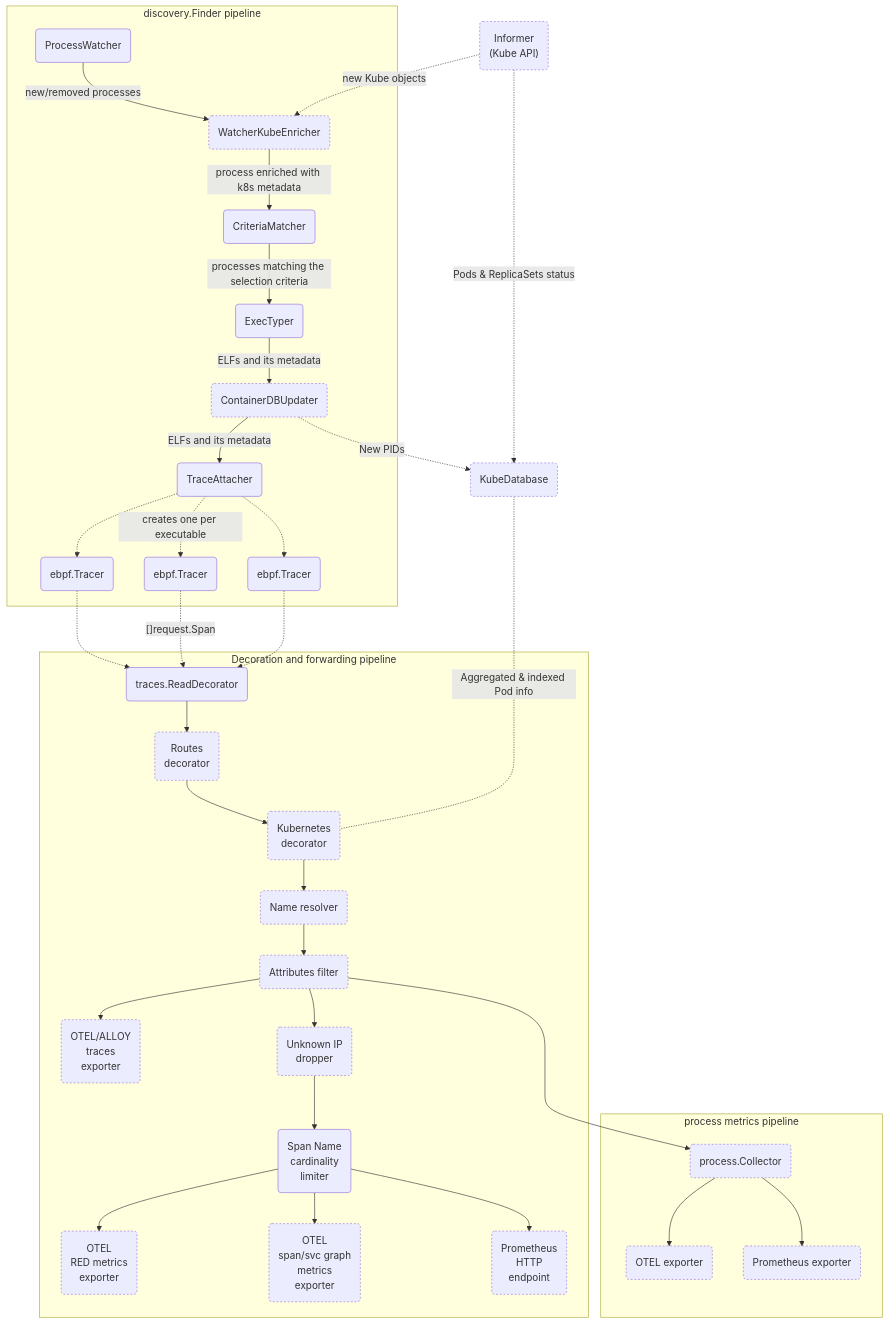
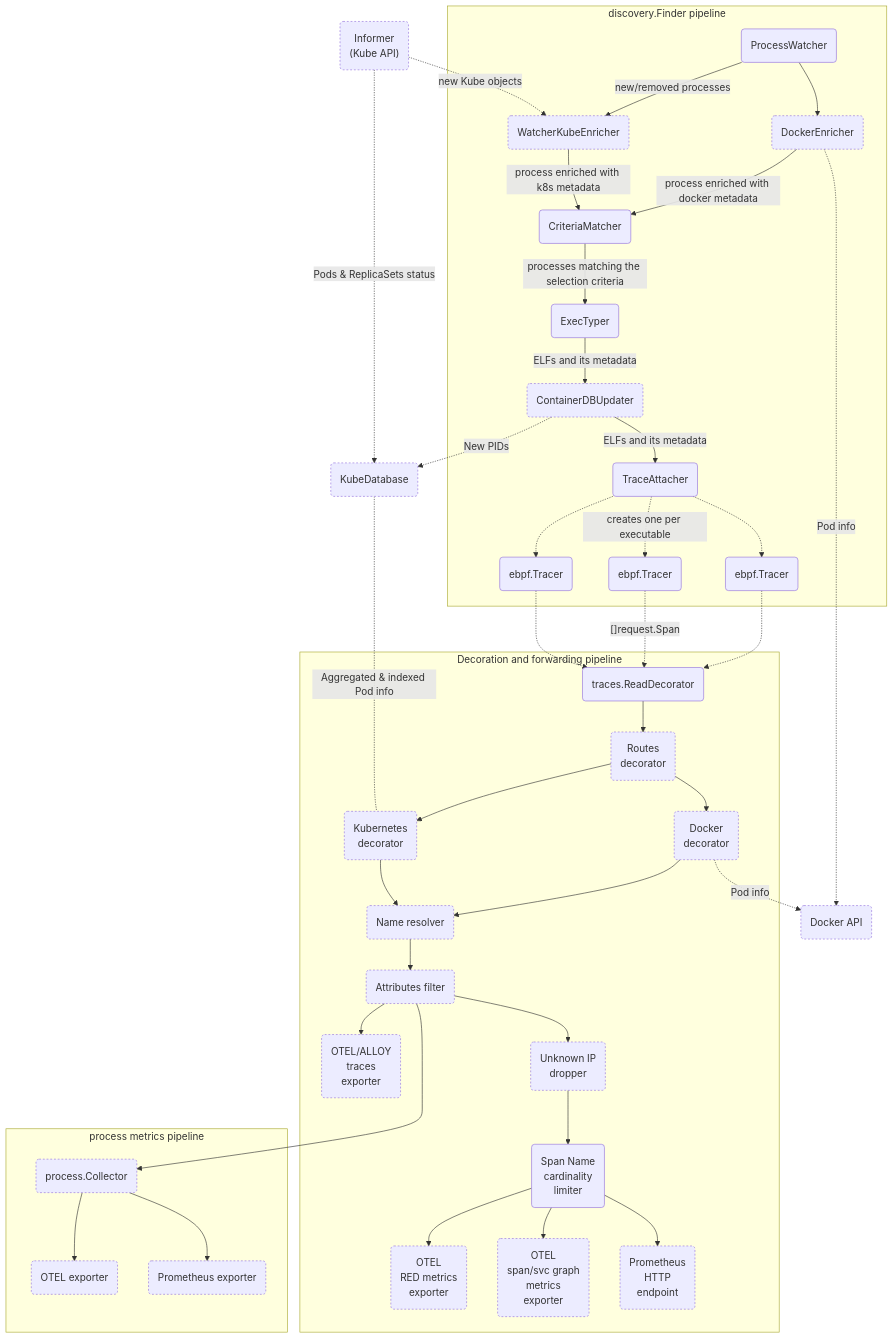
Before and after one commit to open-telemetry/opentelemetry-ebpf-instrumentation: the first of 2 diagrams in devdocs/pipeline-map.md, drawn with Mermaid. The commit also changed 10 other files, not shown here.

Commit message:
Docker metadata support

````diff
--- a/devdocs/pipeline-map.md
+++ b/devdocs/pipeline-map.md
@@ -18,43 +18,49 @@
 ```mermaid
 flowchart TD
     classDef optional stroke-dasharray: 3 3;
     subgraph discovery.Finder pipeline
         PW(ProcessWatcher) --> |new/removed processes| KWE
+        PW --> DE
+        DE(DockerEnricher):::optional --> |process enriched with docker metadata| CM
         KWE(WatcherKubeEnricher):::optional --> |process enriched with k8s metadata| CM
         CM(CriteriaMatcher) --> |processes matching the selection criteria| ET(ExecTyper)
         ET --> |ELFs and its metadata| CU
         CU(ContainerDBUpdater):::optional --> |ELFs and its metadata| TA
         TA(TraceAttacher) -.-> EBPF1(ebpf.Tracer)
         TA -.-> |creates one per executable| EBPF2(ebpf.Tracer)
         TA -.-> EBPF3(ebpf.Tracer)
     end
     subgraph Decoration and forwarding pipeline
         EBPF1 -.-> TR
         EBPF2 -.-> |"[]request.Span"| TR
         EBPF3 -.-> TR
         TR(traces.ReadDecorator) --> ROUT(Routes<br/>decorator)
+        ROUT:::optional --> DOCKDEC(Docker<br/>decorator)
         ROUT:::optional --> KD(Kubernetes<br/>decorator)
+        DOCKDEC:::optional --> NR
         KD:::optional --> NR
         NR(Name resolver):::optional --> AF
         
         AF(Attributes filter):::optional --> OTELT(OTEL/ALLOY<br/> traces<br/> exporter):::optional
 
         
         AF --> IPD(Unknown IP<br/>dropper):::optional
         IPD --> SNCL(Span Name<br/>cardinality<br/>limiter)
         SNCL --> OTELRM(OTEL<br/>RED metrics<br/> exporter):::optional
         SNCL --> OTELSM(OTEL<br/>span/svc graph<br/>metrics<br/> exporter):::optional
         SNCL --> PROM(Prometheus<br/>HTTP<br/>endpoint):::optional
     end
     CU -.-> |New PIDs| KDB
+    DE -.-> |Pod info| DOCKAPI(Docker API):::optional
+    DOCKDEC -.-> |Pod info| DOCKAPI(Docker API):::optional
     KDB(KubeDatabase):::optional <-.- | Aggregated & indexed Pod info | KD
     IF("Informer<br/>(Kube API)"):::optional -.-> |Pods & ReplicaSets status| KDB
     IF -.-> |new Kube objects| KWE
     AF ---> PC
     subgraph process metrics pipeline
         PC("process.Collector"):::optional --> POTEL
         PC --> PPROM
         POTEL("OTEL exporter"):::optional
         PPROM("Prometheus exporter"):::optional
     end
 ```
````
